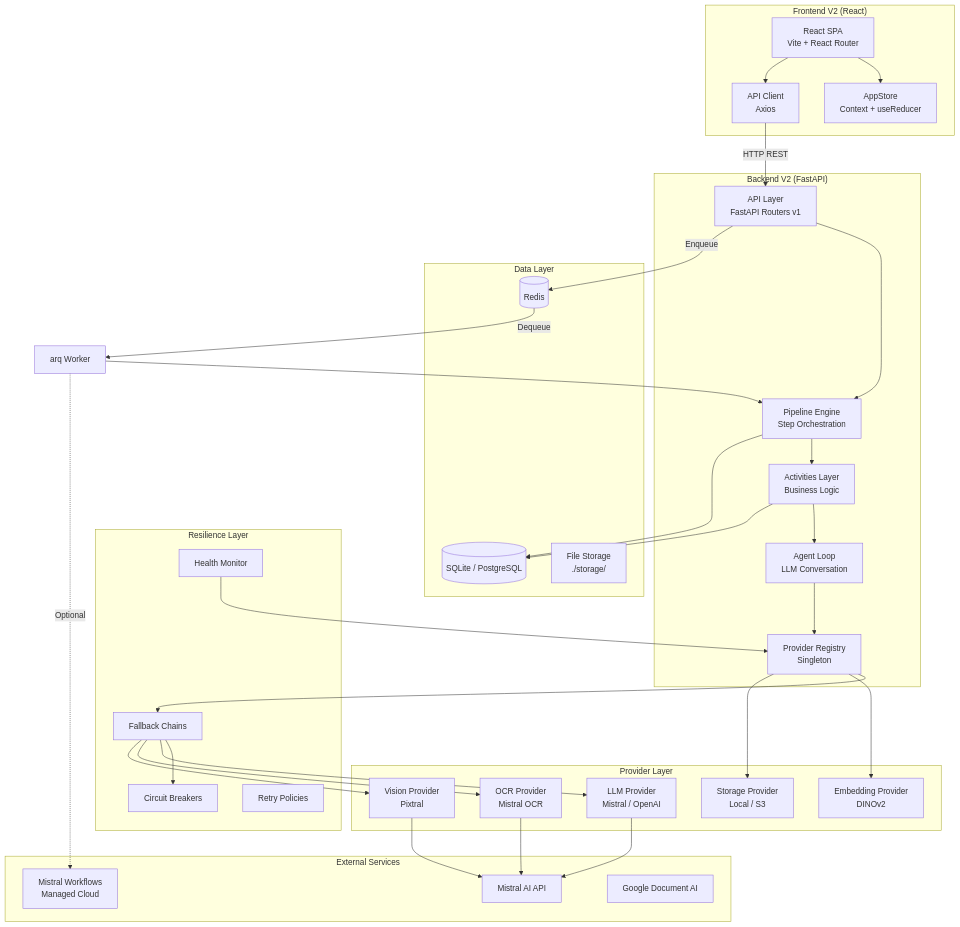
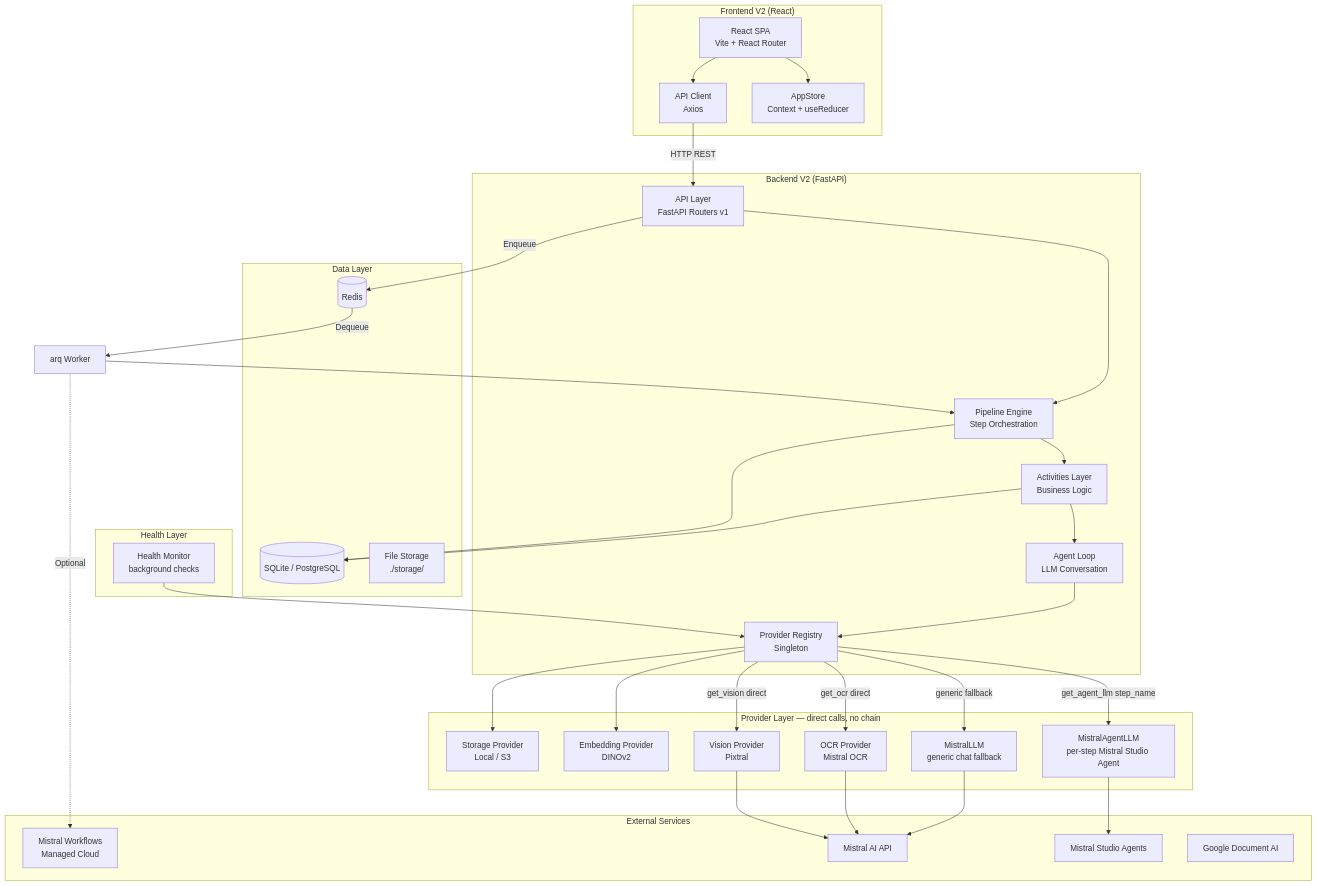
The first of 12 diagrams in complete_project v2.md (YASHGUPTA9063/Document-Ai), drawn with Mermaid before and after one commit. The commit also changed other lines of this file and 1 other file, not shown here.

Commit message:
refactor: remove FallbackChain and implement direct provider routing with MistralAgentLLM for per-step agent execution.

````diff
--- a/complete_project v2.md
+++ b/complete_project v2.md
@@ -152,68 +155,67 @@
 ```mermaid
 graph TB
     subgraph "Frontend V2 (React)"
         UI[React SPA<br/>Vite + React Router]
         Store[AppStore<br/>Context + useReducer]
         APIClient[API Client<br/>Axios]
     end
 
     subgraph "Backend V2 (FastAPI)"
         API[API Layer<br/>FastAPI Routers v1]
         Pipeline[Pipeline Engine<br/>Step Orchestration]
         Activities[Activities Layer<br/>Business Logic]
         AgentLoop[Agent Loop<br/>LLM Conversation]
         Registry[Provider Registry<br/>Singleton]
     end
 
-    subgraph "Provider Layer"
-        LLM[LLM Provider<br/>Mistral / OpenAI]
+    subgraph "Provider Layer — direct calls, no chain"
+        AgentLLM[MistralAgentLLM<br/>per-step Mistral Studio Agent]
+        LLM[MistralLLM<br/>generic chat fallback]
         OCR[OCR Provider<br/>Mistral OCR]
         Vision[Vision Provider<br/>Pixtral]
         Embed[Embedding Provider<br/>DINOv2]
         Storage[Storage Provider<br/>Local / S3]
     end
 
-    subgraph "Resilience Layer"
-        Fallback[Fallback Chains]
-        CB[Circuit Breakers]
-        Retry[Retry Policies]
-        Health[Health Monitor]
+    subgraph "Health Layer"
+        Health[Health Monitor<br/>background checks]
     end
 
     subgraph "Data Layer"
         DB[(SQLite / PostgreSQL)]
         Redis[(Redis)]
         FileStore[File Storage<br/>./storage/]
     end
 
     subgraph "External Services"
         MistralAPI[Mistral AI API]
+        MistralStudio[Mistral Studio Agents]
         MistralWorkflows[Mistral Workflows<br/>Managed Cloud]
         GoogleDocAI[Google Document AI]
     end
 
     UI --> Store
     UI --> APIClient
     APIClient -->|HTTP REST| API
     API --> Pipeline
     API -->|Enqueue| Redis
     Redis -->|Dequeue| Worker[arq Worker]
     Worker --> Pipeline
     Pipeline --> Activities
     Activities --> AgentLoop
     AgentLoop --> Registry
-    Registry --> Fallback
-    Fallback --> CB
-    Fallback --> LLM
-    Fallback --> OCR
-    Fallback --> Vision
+    Registry -->|get_agent_llm step_name| AgentLLM
+    Registry -->|generic fallback| LLM
+    Registry -->|get_ocr direct| OCR
+    Registry -->|get_vision direct| Vision
     Registry --> Embed
     Registry --> Storage
     Activities --> DB
     Pipeline --> DB
+    AgentLLM --> MistralStudio
     LLM --> MistralAPI
     OCR --> MistralAPI
     Vision --> MistralAPI
     Worker -.->|Optional| MistralWorkflows
     Health --> Registry
 ```
````
